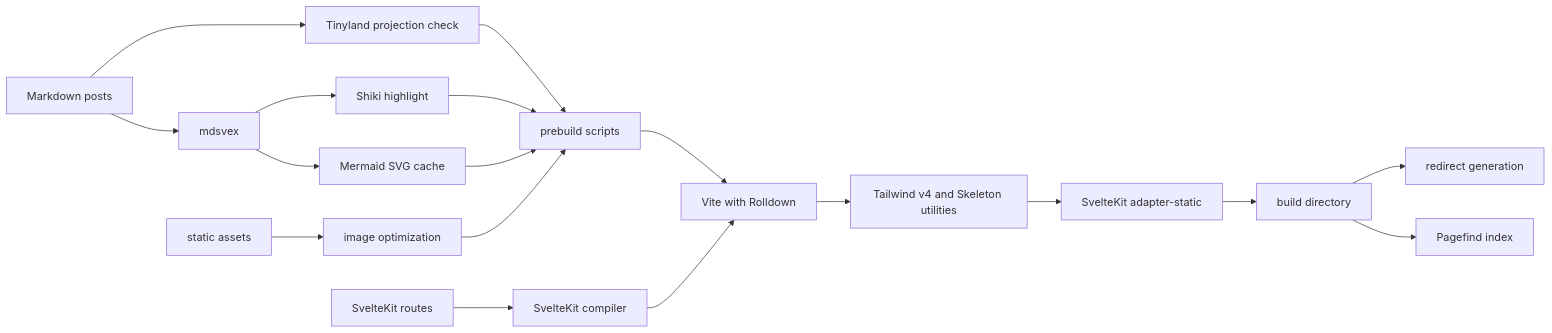
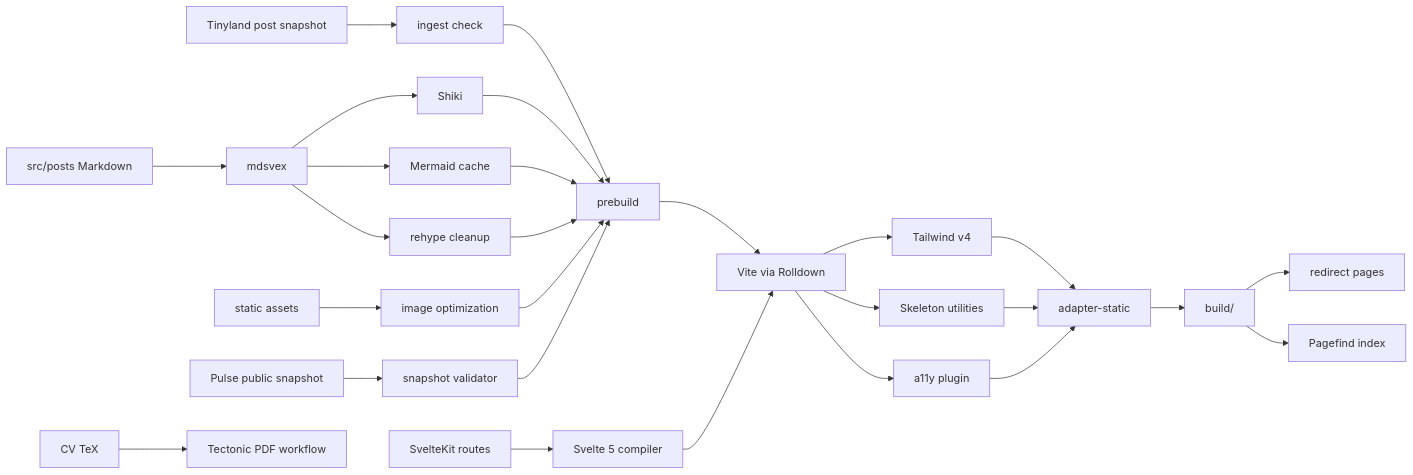
One commit to Jesssullivan/jesssullivan.github.io changed the first of 5 diagrams in README.md. Above: the diagram before and after it, drawn with Mermaid. The commit also changed other lines of this file and 1 other file, not shown here.

````diff
--- a/README.md
+++ b/README.md
@@ -7,20 +26,32 @@
 ```mermaid
 flowchart LR
-    Posts["Markdown posts"] --> Ingest["Tinyland projection check"]
-    Routes["SvelteKit routes"] --> Kit["SvelteKit compiler"]
-    Posts --> Mdsvex["mdsvex"]
-    Mdsvex --> Shiki["Shiki highlight"]
-    Mdsvex --> Mermaid["Mermaid SVG cache"]
+    Posts["src/posts Markdown"] --> Mdsvex["mdsvex"]
+    TinylandPosts["Tinyland post snapshot"] --> Ingest["ingest check"]
+    PulseJson["Pulse public snapshot"] --> PulseCheck["snapshot validator"]
     Static["static assets"] --> Images["image optimization"]
-    Ingest --> Prebuild["prebuild scripts"]
+    Routes["SvelteKit routes"] --> Svelte["Svelte 5 compiler"]
+
+    Mdsvex --> Shiki["Shiki"]
+    Mdsvex --> Mermaid["Mermaid cache"]
+    Mdsvex --> Rehype["rehype cleanup"]
+    Ingest --> Prebuild["prebuild"]
     Shiki --> Prebuild
     Mermaid --> Prebuild
+    Rehype --> Prebuild
     Images --> Prebuild
-    Prebuild --> Vite["Vite with Rolldown"]
-    Kit --> Vite
-    Vite --> Tailwind["Tailwind v4 and Skeleton utilities"]
-    Tailwind --> Adapter["SvelteKit adapter-static"]
-    Adapter --> Build["build directory"]
-    Build --> Redirects["redirect generation"]
+    PulseCheck --> Prebuild
+
+    Prebuild --> Vite["Vite via Rolldown"]
+    Svelte --> Vite
+    Vite --> Tailwind["Tailwind v4"]
+    Vite --> Skeleton["Skeleton utilities"]
+    Vite --> A11y["a11y plugin"]
+    Tailwind --> Adapter["adapter-static"]
+    Skeleton --> Adapter
+    A11y --> Adapter
+    Adapter --> Build["build/"]
+    Build --> Redirects["redirect pages"]
     Build --> Pagefind["Pagefind index"]
+
+    CvTex["CV TeX"] --> Tectonic["Tectonic PDF workflow"]
 ```
````
